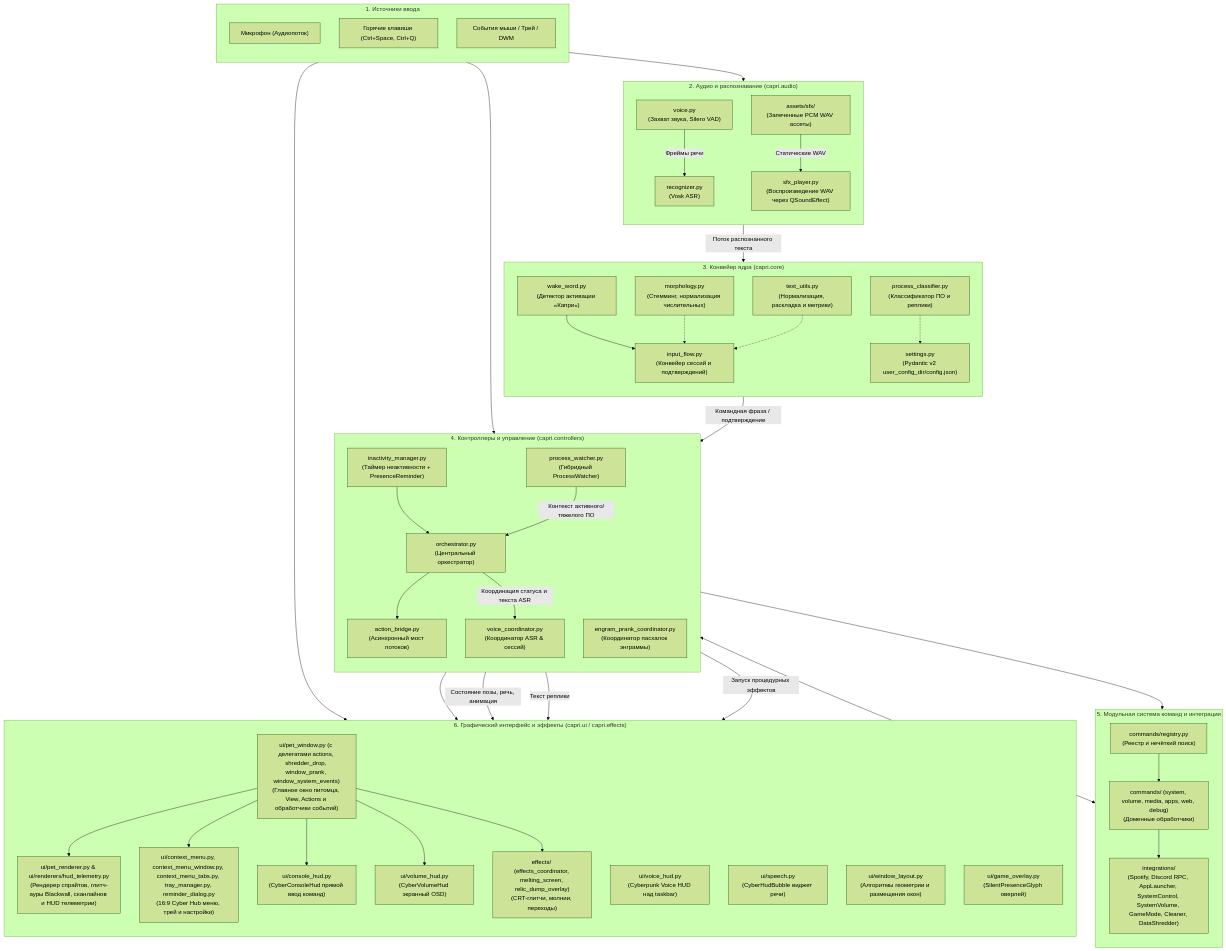
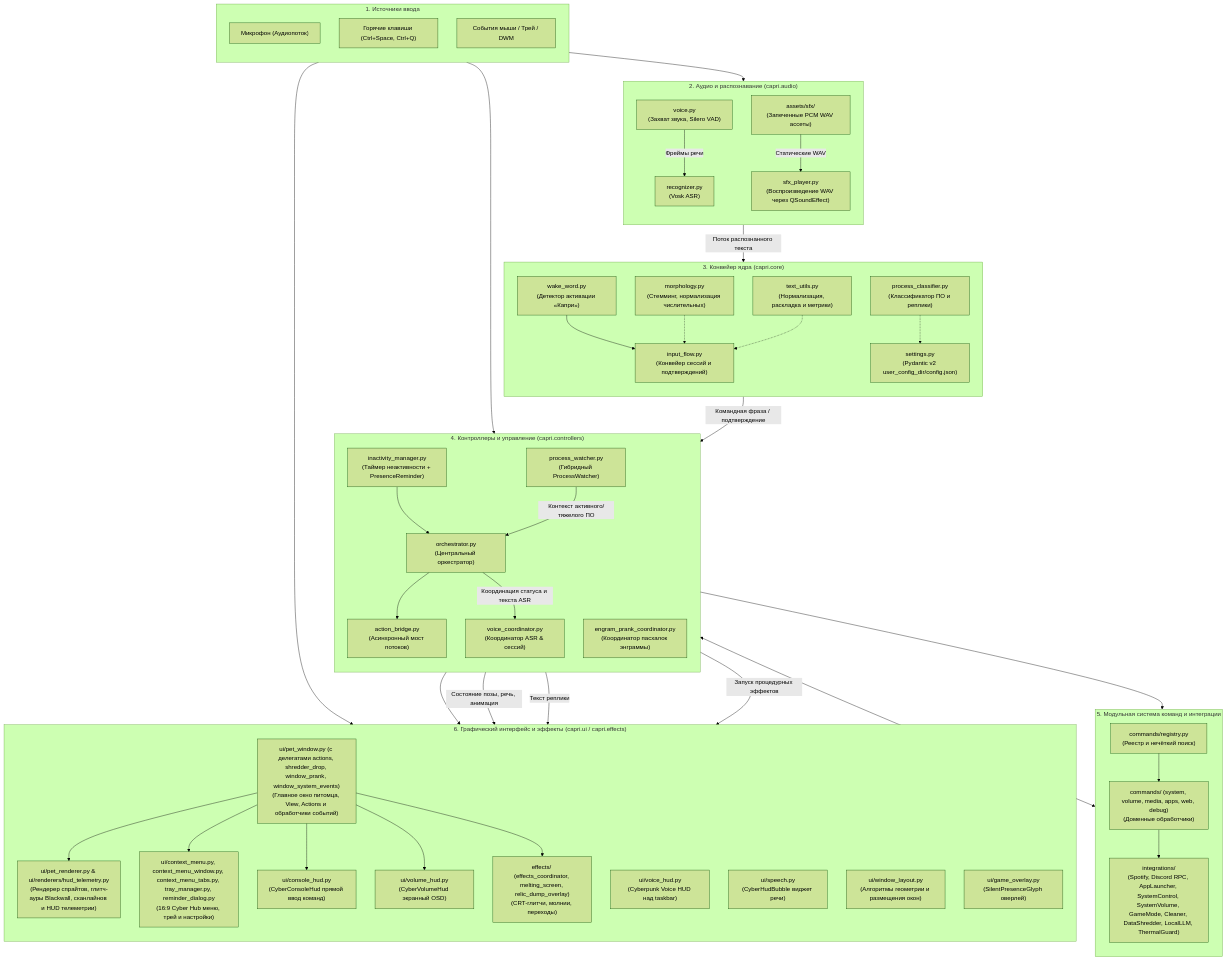
The first of 6 diagrams in docs/architecture.md (xTerionsilker/CapriPet-Python), drawn with Mermaid (forest theme) before and after one commit. The commit also changed other lines of this file and 20 other files, not shown here.

First line of the commit message:
feat(core): local LLM intent recognition, thermal guard and resizable cyber hub (#82)

```diff
--- a/docs/architecture.md
+++ b/docs/architecture.md
@@ -59,7 +59,7 @@
         direction TB
         Registry["commands/registry.py<br/>(Реестр и нечёткий поиск)"]
         Handlers["commands/ (system, volume, media, apps, web, debug)<br/>(Доменные обработчики)"]
-        Integrations["integrations/<br/>(Spotify, Discord RPC, AppLauncher, SystemControl, SystemVolume, GameMode, Cleaner, DataShredder)"]
+        Integrations["integrations/<br/>(Spotify, Discord RPC, AppLauncher, SystemControl, SystemVolume, GameMode, Cleaner, DataShredder, LocalLLM, ThermalGuard)"]
 
         Registry --> Handlers
         Handlers --> Integrations
```
